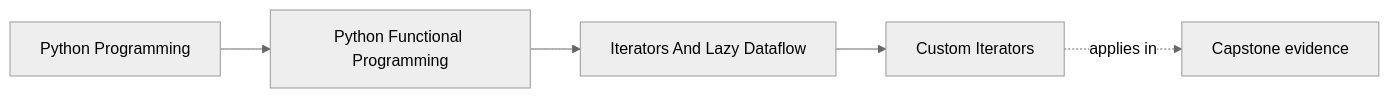
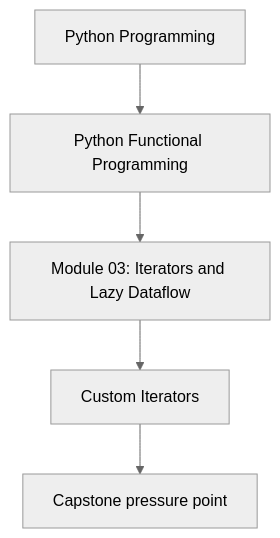
One commit to bijux/bijux-masterclass changed the first of 2 diagrams in programs/python-programming/python-functional-programming/course-book/module-03-iterators-and-lazy-dataflow/custom-iterators.md. Above: the diagram before and after it, drawn with Mermaid (neutral theme). The commit also changed other lines of this file and 118 other files, not shown here.

Commit message:
docs(python-functional-programming): align concept page diagrams

````diff
--- a/programs/python-programming/python-functional-programming/course-book/module-03-iterators-and-lazy-dataflow/custom-iterators.md
+++ b/programs/python-programming/python-functional-programming/course-book/module-03-iterators-and-lazy-dataflow/custom-iterators.md
@@ -7,11 +7,7 @@
 ```mermaid
-graph LR
-  family["Python Programming"]
-  program["Python Functional Programming"]
-  section["Iterators And Lazy Dataflow"]
-  page["Custom Iterators"]
-  capstone["Capstone evidence"]
-
-  family --> program --> section --> page
-  page -.applies in.-> capstone
+flowchart TD
+  family["Python Programming"] --> program["Python Functional Programming"]
+  program --> module["Module 03: Iterators and Lazy Dataflow"]
+  module --> concept["Custom Iterators"]
+  concept --> capstone["Capstone pressure point"]
 ```
````
